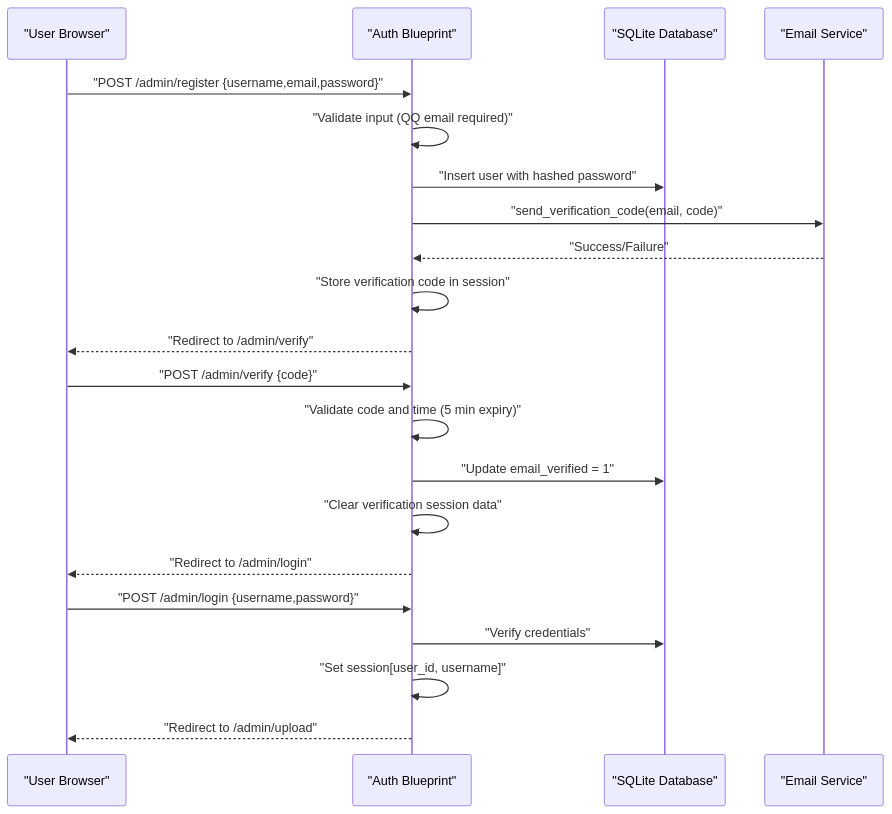
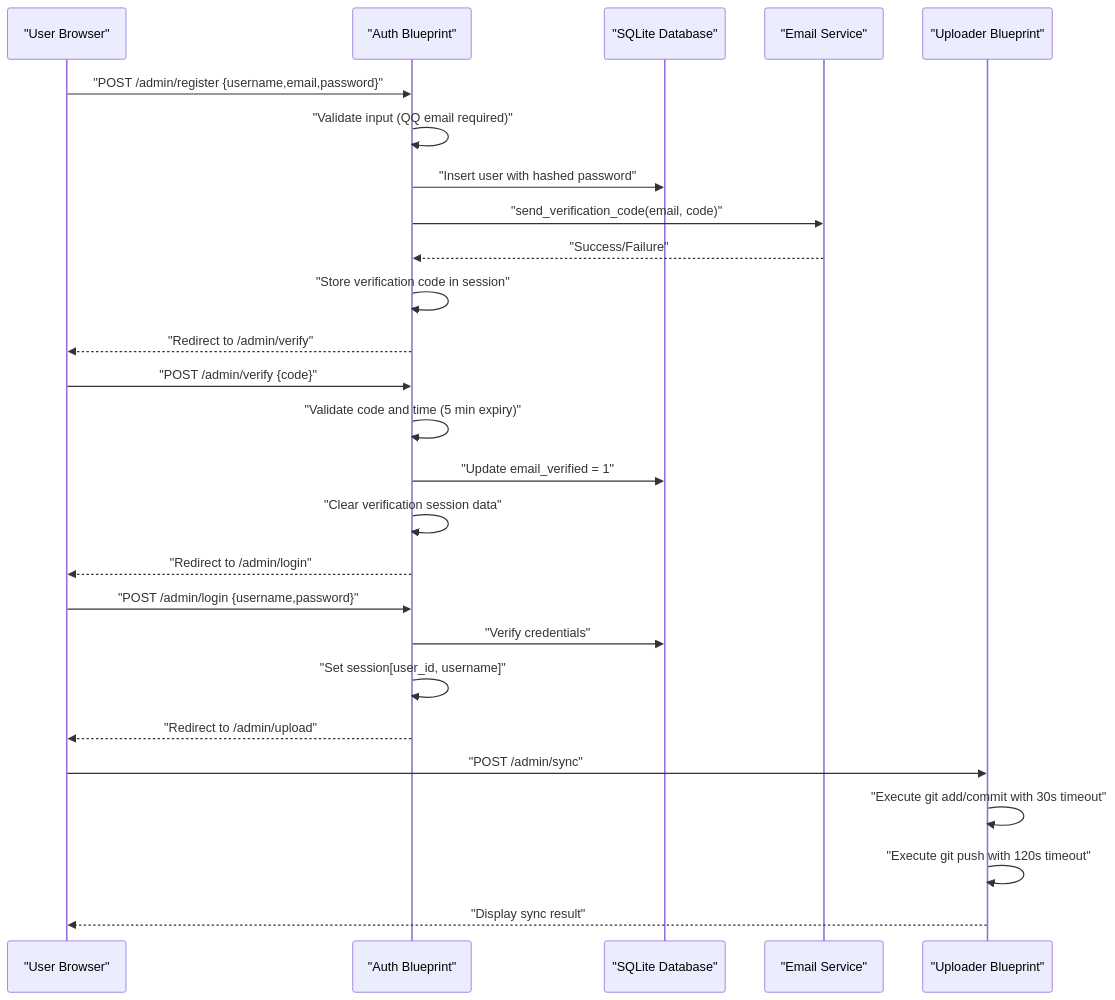
Before and after one commit to PolarisW007/PolaZhenJing: the second of 3 diagrams in .qoder/repowiki/en/content/Backend Application/Authentication System.md, drawn with Mermaid. The commit also changed other lines of this file and 17 other files, not shown here.

````diff
--- a/.qoder/repowiki/en/content/Backend Application/Authentication System.md
+++ b/.qoder/repowiki/en/content/Backend Application/Authentication System.md
@@ -104,23 +105,28 @@
 ```mermaid
 sequenceDiagram
 participant User as "User Browser"
 participant Auth as "Auth Blueprint"
 participant DB as "SQLite Database"
 participant Mailer as "Email Service"
+participant Uploader as "Uploader Blueprint"
 User->>Auth : "POST /admin/register {username,email,password}"
 Auth->>Auth : "Validate input (QQ email required)"
 Auth->>DB : "Insert user with hashed password"
 Auth->>Mailer : "send_verification_code(email, code)"
 Mailer-->>Auth : "Success/Failure"
 Auth->>Auth : "Store verification code in session"
 Auth-->>User : "Redirect to /admin/verify"
 User->>Auth : "POST /admin/verify {code}"
 Auth->>Auth : "Validate code and time (5 min expiry)"
 Auth->>DB : "Update email_verified = 1"
 Auth->>Auth : "Clear verification session data"
 Auth-->>User : "Redirect to /admin/login"
 User->>Auth : "POST /admin/login {username,password}"
 Auth->>DB : "Verify credentials"
 Auth->>Auth : "Set session[user_id, username]"
 Auth-->>User : "Redirect to /admin/upload"
+User->>Uploader : "POST /admin/sync"
+Uploader->>Uploader : "Execute git add/commit with 30s timeout"
+Uploader->>Uploader : "Execute git push with 120s timeout"
+Uploader-->>User : "Display sync result"
 ```
````
